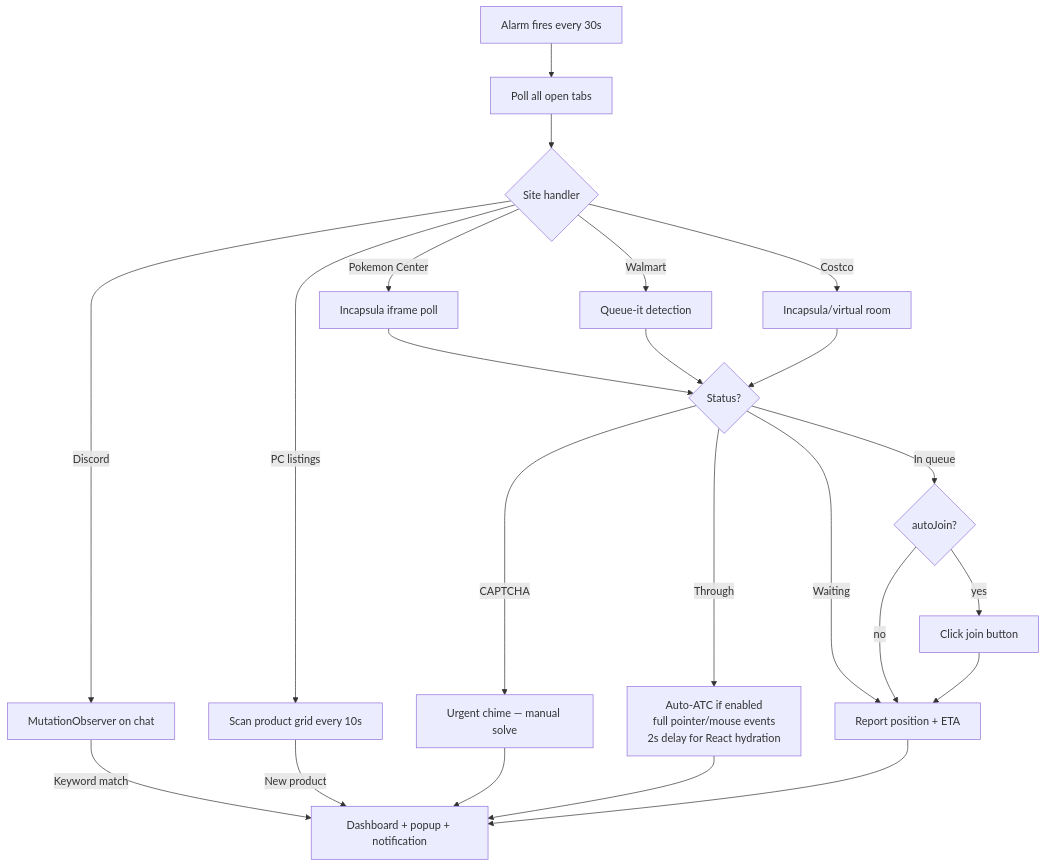
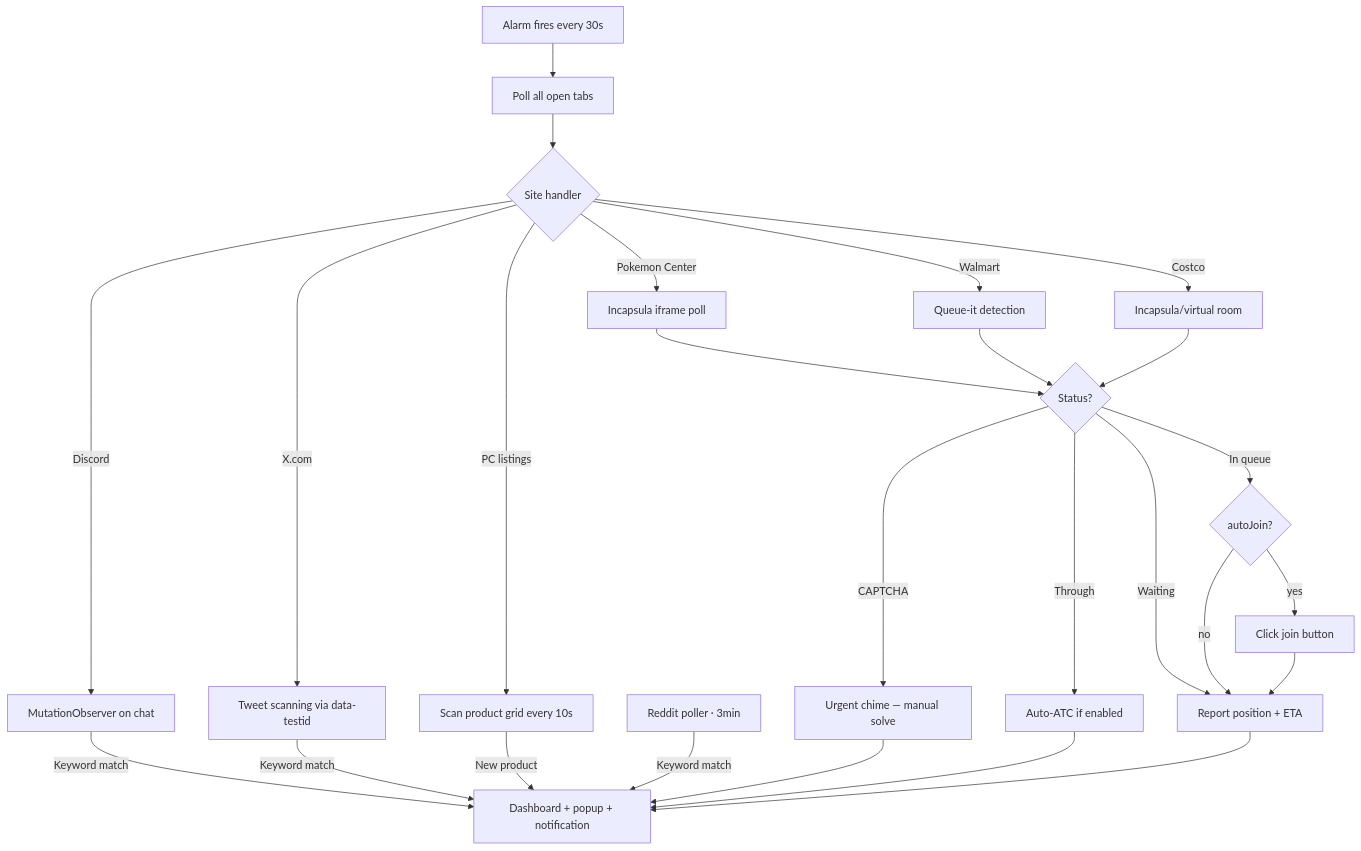
One commit to Pyronewbic/casecomp changed the second of 2 diagrams in README.md. Above: the diagram before and after it, drawn with Mermaid. The commit also changed other lines of this file and 3 other files, not shown here.

````diff
--- a/README.md
+++ b/README.md
@@ -287,25 +288,28 @@
 ```mermaid
 flowchart TD
   A[Alarm fires every 30s] --> B[Poll all open tabs]
   B --> C{Site handler}
   C -->|Pokemon Center| D[Incapsula iframe poll]
   C -->|Walmart| E[Queue-it detection]
   C -->|Costco| F[Incapsula/virtual room]
   C -->|Discord| DC[MutationObserver on chat]
+  C -->|X.com| XC[Tweet scanning via data-testid]
   C -->|PC listings| PL[Scan product grid every 10s]
   D --> G{Status?}
   E --> G
   F --> G
   G -->|CAPTCHA| H[Urgent chime — manual solve]
-  G -->|Through| I[Auto-ATC if enabled\nfull pointer/mouse events\n2s delay for React hydration]
+  G -->|Through| I[Auto-ATC if enabled]
   G -->|In queue| J{autoJoin?}
   G -->|Waiting| K[Report position + ETA]
   J -->|yes| L[Click join button]
   J -->|no| K
   L --> K
   DC -->|Keyword match| N
+  XC -->|Keyword match| N
   PL -->|New product| N
+  R[Reddit poller · 3min] -->|Keyword match| N
   H --> N[Dashboard + popup + notification]
   I --> N
   K --> N
 ```
````
